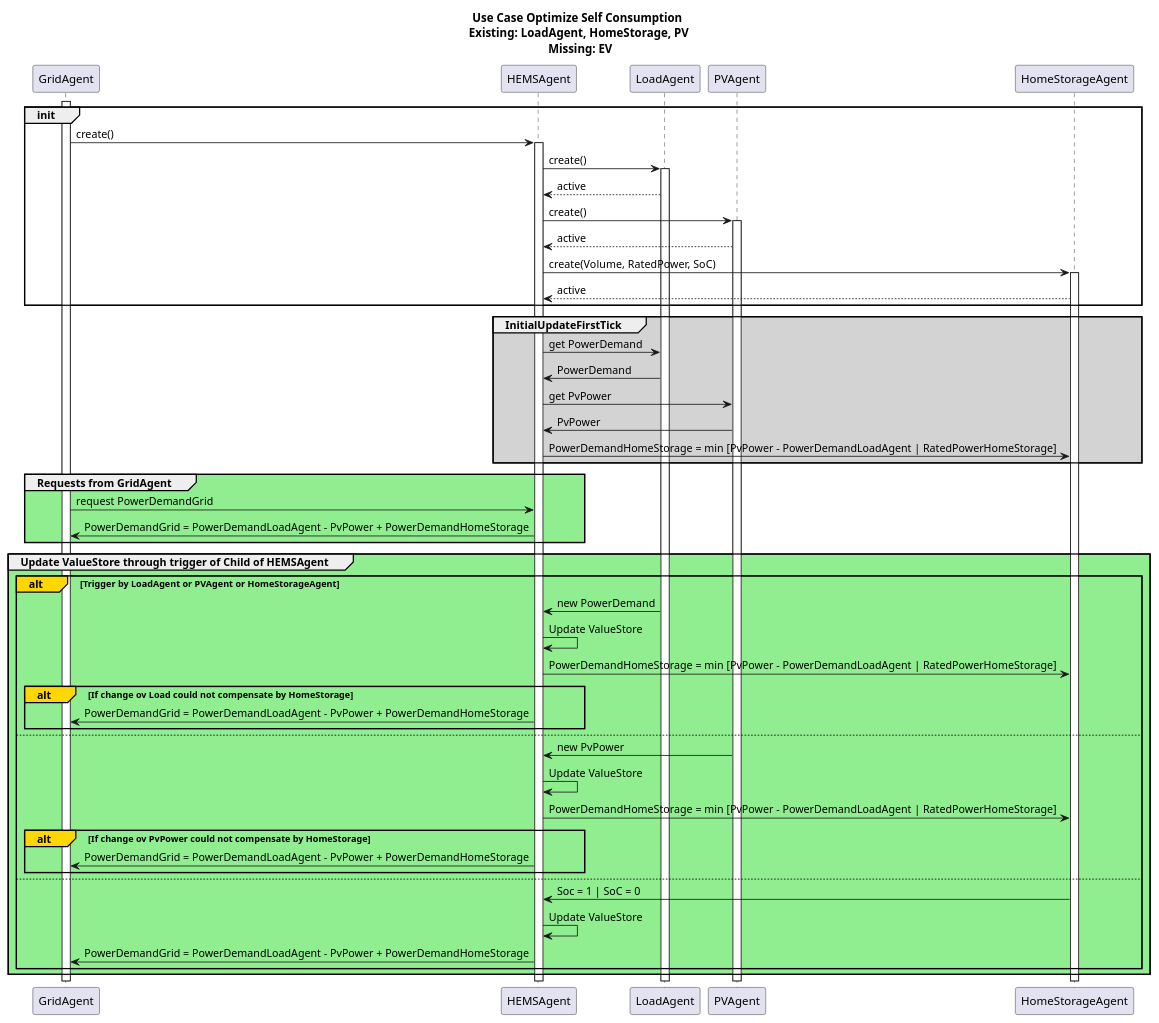
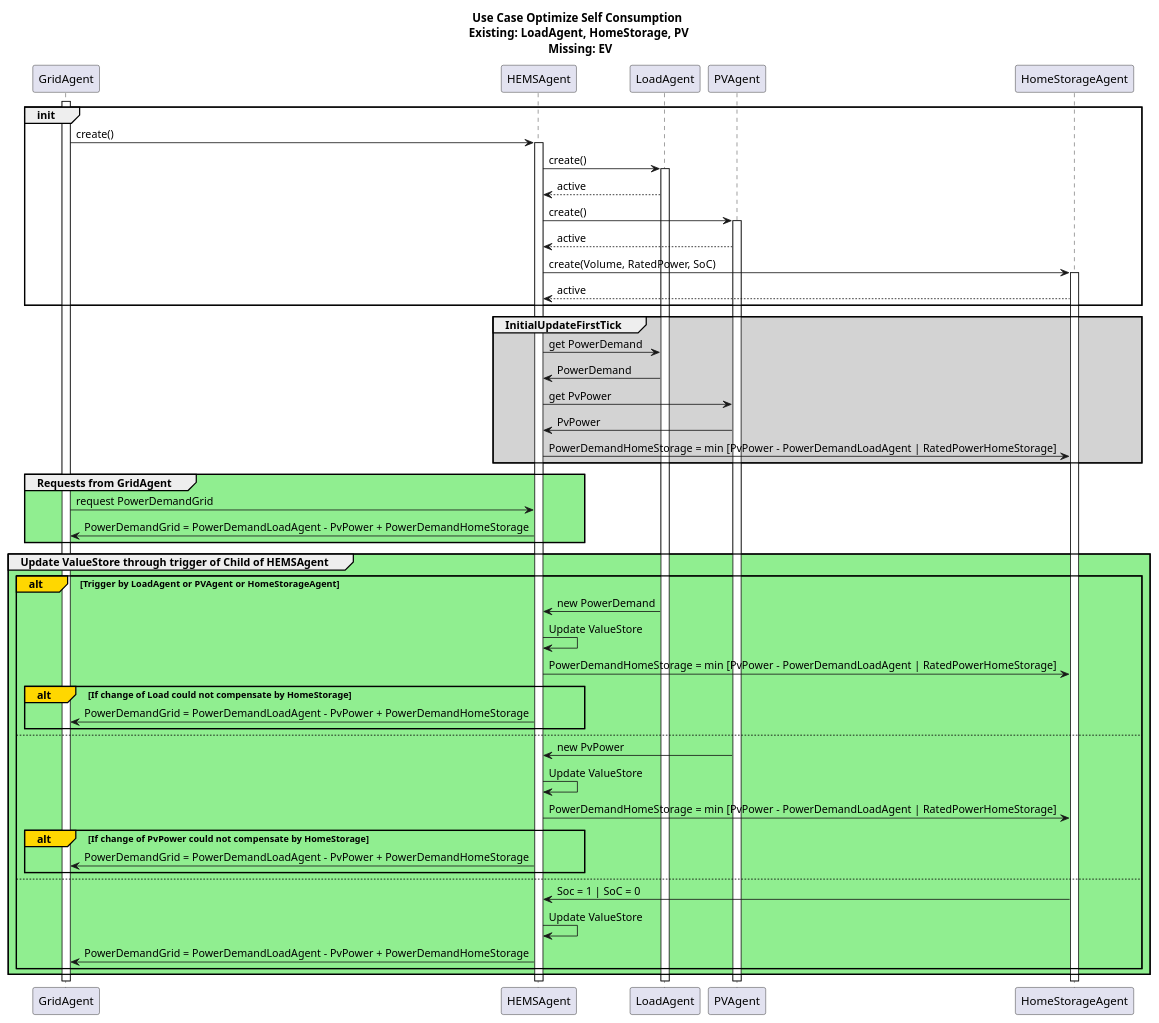
The diagram in docs/uml/protocol/HEMS_Control/HemsControlSelfOptLoadPvStorage.puml (ie3-institute/simona), drawn with PlantUML before and after one commit.

```diff
--- a/docs/uml/protocol/HEMS_Control/HemsControlSelfOptLoadPvStorage.puml
+++ b/docs/uml/protocol/HEMS_Control/HemsControlSelfOptLoadPvStorage.puml
@@ -1,63 +1,63 @@
 @startuml
 /'
 Check SoC of Homestorage when calculate PowerDemandHomeStorage
 
 '/
 title Use Case Optimize Self Consumption \n Existing: LoadAgent, HomeStorage, PV \n Missing: EV
 participant GridAgent
 participant HEMSAgent
 participant LoadAgent
 participant PVAgent
 participant HomeStorageAgent
 group init
     activate GridAgent
     GridAgent -> HEMSAgent: create()
         activate HEMSAgent
 
     HEMSAgent -> LoadAgent: create()
         activate LoadAgent
         LoadAgent --> HEMSAgent: active
 
     HEMSAgent -> PVAgent: create()
         activate PVAgent
          PVAgent --> HEMSAgent: active
 
     HEMSAgent -> HomeStorageAgent: create(Volume, RatedPower, SoC)
         activate HomeStorageAgent
         HomeStorageAgent --> HEMSAgent: active
     end
 group #LightGrey InitialUpdateFirstTick
     HEMSAgent -> LoadAgent: get PowerDemand
     LoadAgent -> HEMSAgent: PowerDemand
     HEMSAgent -> PVAgent: get PvPower
     PVAgent -> HEMSAgent: PvPower
     HEMSAgent -> HomeStorageAgent: PowerDemandHomeStorage = min [PvPower - PowerDemandLoadAgent | RatedPowerHomeStorage]
     end
 group #LightGreen Requests from GridAgent
     GridAgent -> HEMSAgent: request PowerDemandGrid
     HEMSAgent -> GridAgent: PowerDemandGrid = PowerDemandLoadAgent - PvPower + PowerDemandHomeStorage
     end
 
 group #LightGreen Update ValueStore through trigger of Child of HEMSAgent
     alt#Gold Trigger by LoadAgent or PVAgent or HomeStorageAgent
     LoadAgent -> HEMSAgent: new PowerDemand
     HEMSAgent -> HEMSAgent: Update ValueStore
     HEMSAgent -> HomeStorageAgent: PowerDemandHomeStorage = min [PvPower - PowerDemandLoadAgent | RatedPowerHomeStorage]
-    alt#Gold If change ov Load could not compensate by HomeStorage
+    alt#Gold If change of Load could not compensate by HomeStorage
         HEMSAgent -> GridAgent: PowerDemandGrid = PowerDemandLoadAgent - PvPower + PowerDemandHomeStorage
     end
     else
     PVAgent -> HEMSAgent: new PvPower
     HEMSAgent -> HEMSAgent: Update ValueStore
     HEMSAgent -> HomeStorageAgent: PowerDemandHomeStorage = min [PvPower - PowerDemandLoadAgent | RatedPowerHomeStorage]
-    alt#Gold If change ov PvPower could not compensate by HomeStorage
+    alt#Gold If change of PvPower could not compensate by HomeStorage
     HEMSAgent -> GridAgent: PowerDemandGrid = PowerDemandLoadAgent - PvPower + PowerDemandHomeStorage
     end
     else
     HomeStorageAgent -> HEMSAgent: Soc = 1 | SoC = 0
     HEMSAgent -> HEMSAgent: Update ValueStore
     HEMSAgent -> GridAgent: PowerDemandGrid = PowerDemandLoadAgent - PvPower + PowerDemandHomeStorage
     end
     end
 
 @enduml
```
